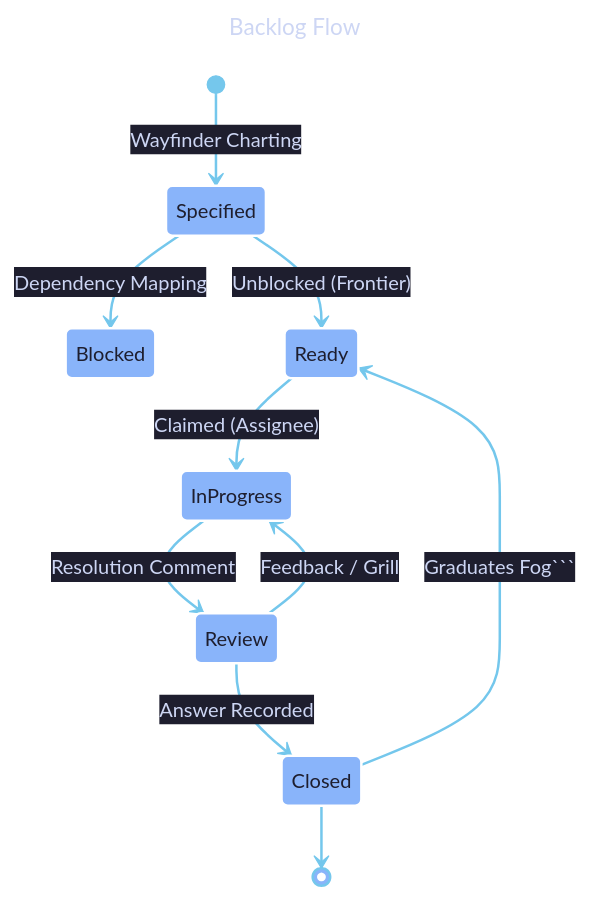
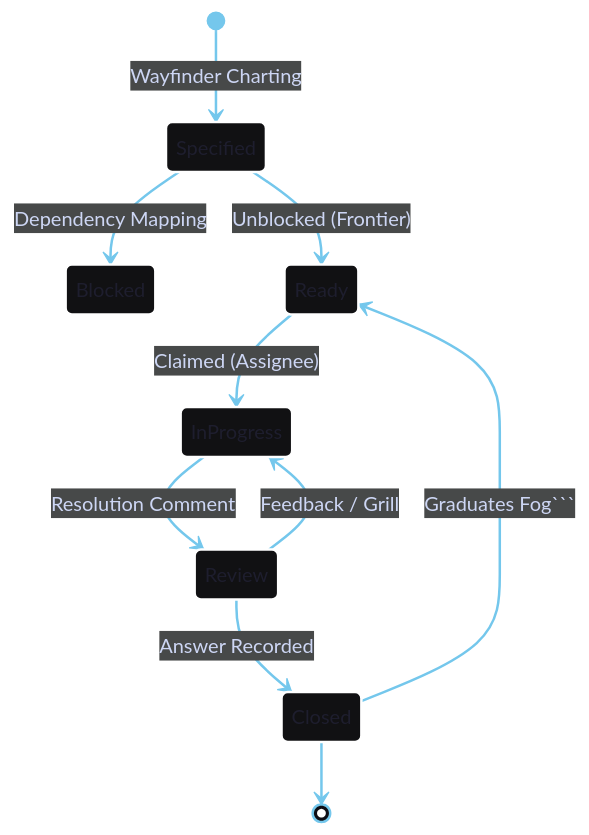
The diagram in docs/09-product/0907-backlog.md (s-a-c/samples-20260717), drawn with Mermaid before and after one commit. The commit also changed other lines of this file and 2157 other files, not shown here.

`````diff
--- a/docs/09-product/0907-backlog.md
+++ b/docs/09-product/0907-backlog.md
@@ -62,47 +61,27 @@
 ````mermaid
 ---
-title: Backlog Flow
 config:
   theme: redux-dark-color
   themeVariables:
     background: "#1e1e2e"
     primaryColor: "#89b4fa"
     primaryTextColor: "#1e1e2e"
     primaryBorderColor: "#74c7ec"
     lineColor: "#74c7ec"
-    secondaryColor: "#cba6f7"
-    secondaryTextColor: "#1e1e2e"
-    secondaryBorderColor: "#b4befe"
-    tertiaryColor: "#94e2d5"
-    tertiaryTextColor: "#1e1e2e"
-    tertiaryBorderColor: "#89dceb"
-    mainBkg: "#89b4fa"
-    secondBkg: "#cba6f7"
-    tertiaryBkg: "#94e2d5"
     textColor: "#cdd6f4"
-    nodeBorder: "#74c7ec"
-    clusterBkg: "#313244"
-    clusterBorder: "#b4befe"
-    edgeLabelBackground: "#1e1e2e"
-    titleColor: "#cdd6f4"
     fontSize: 16px
-  themeCSS: |
-    .node rect, .node circle, .node ellipse, .node polygon, .node path { stroke-width: 2px !important; }
-    .edgePath .path { stroke-width: 2px !important; }
-    .label { font-weight: bold !important; }
-    .edgeLabel { background-color: #1e1e2e !important; }
 ---
 stateDiagram-v2
     [*] --> Specified: Wayfinder Charting
     Specified --> Blocked: Dependency Mapping
     Specified --> Ready: Unblocked (Frontier)
 
     Ready --> InProgress: Claimed (Assignee)
     InProgress --> Review: Resolution Comment
     Review --> Closed: Answer Recorded
 
     Closed --> [*]
 
     Review --> InProgress: Feedback / Grill
     Closed --> Ready: Graduates Fog```
 ````
`````
